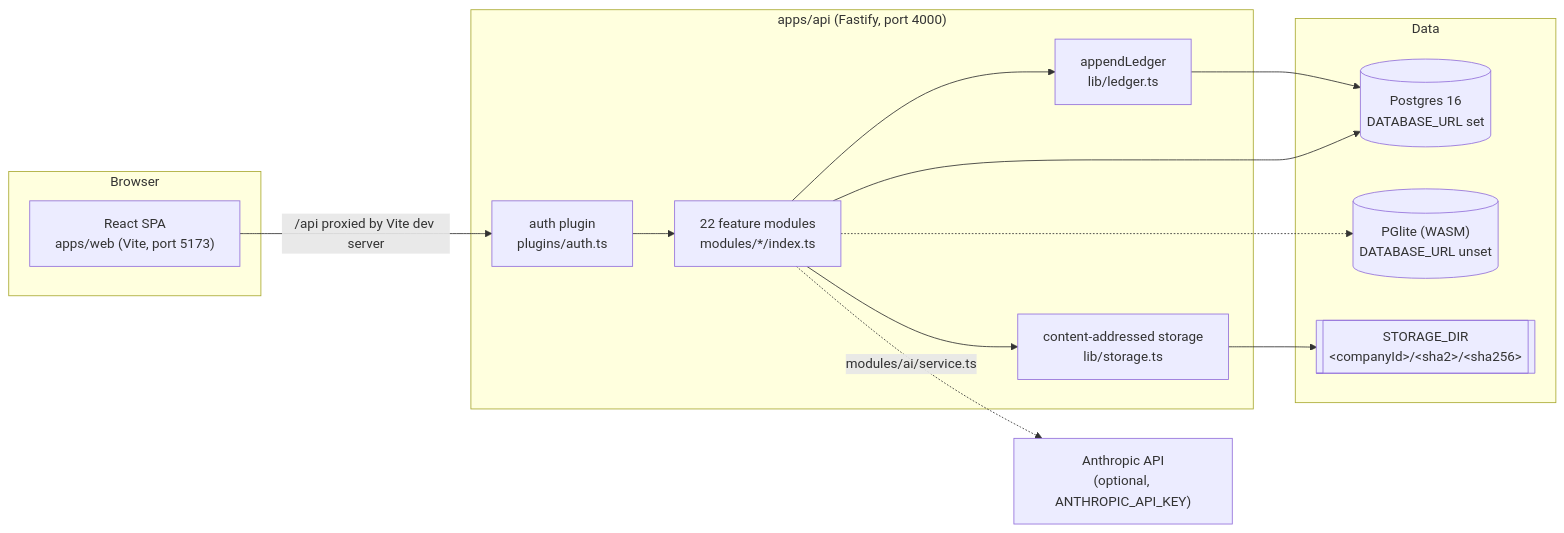
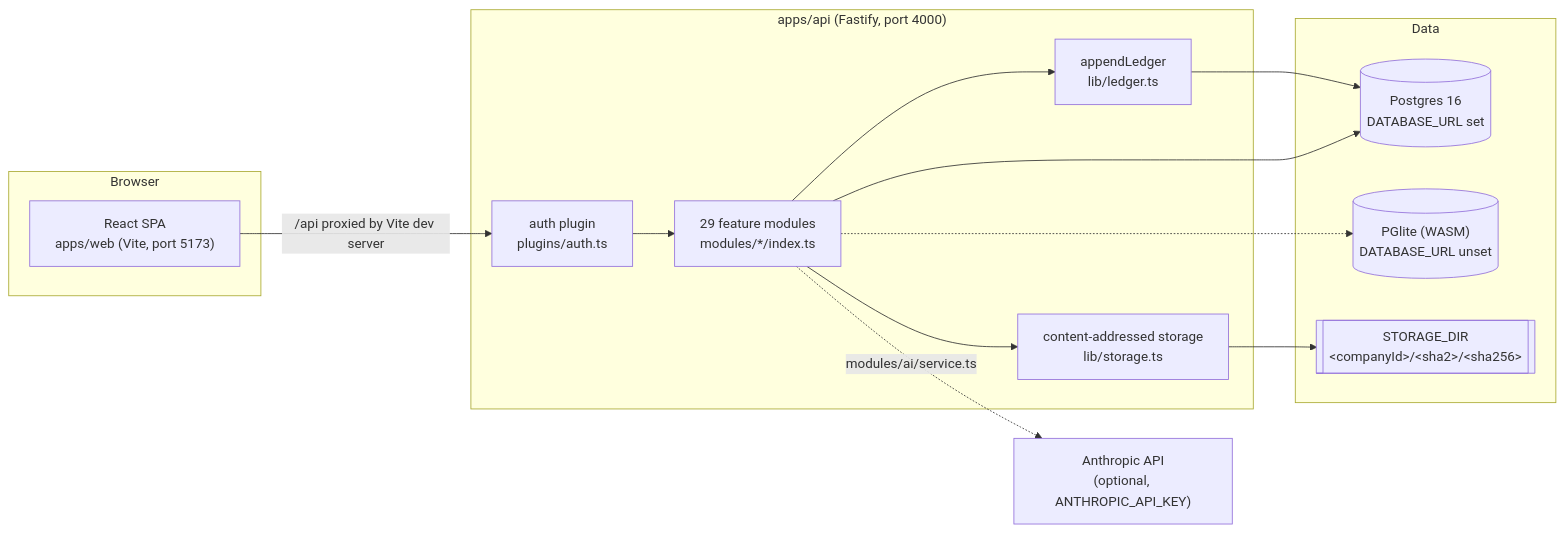
One commit to Emmanuelok/procore-ultimate changed the first of 11 diagrams in docs/architecture.md. Above: the diagram before and after it, drawn with Mermaid. The commit also changed other lines of this file and 58 other files, not shown here.

````diff
--- a/docs/architecture.md
+++ b/docs/architecture.md
@@ -61,28 +61,28 @@
 ```mermaid
 flowchart LR
     subgraph Browser
         SPA["React SPA<br/>apps/web (Vite, port 5173)"]
     end
     subgraph API["apps/api (Fastify, port 4000)"]
         AUTH["auth plugin<br/>plugins/auth.ts"]
-        MODS["22 feature modules<br/>modules/*/index.ts"]
+        MODS["29 feature modules<br/>modules/*/index.ts"]
         LEDGER["appendLedger<br/>lib/ledger.ts"]
         STORE["content-addressed storage<br/>lib/storage.ts"]
     end
     subgraph Data
         PG[("Postgres 16<br/>DATABASE_URL set")]
         PGL[("PGlite (WASM)<br/>DATABASE_URL unset")]
         FS[["STORAGE_DIR<br/>&lt;companyId&gt;/&lt;sha2&gt;/&lt;sha256&gt;"]]
     end
     ANTH["Anthropic API<br/>(optional, ANTHROPIC_API_KEY)"]
 
     SPA -- "/api proxied by Vite dev server" --> AUTH
     AUTH --> MODS
     MODS --> LEDGER
     MODS --> STORE
     LEDGER --> PG
     MODS --> PG
     MODS -.-> PGL
     STORE --> FS
     MODS -. "modules/ai/service.ts" .-> ANTH
 ```
````
